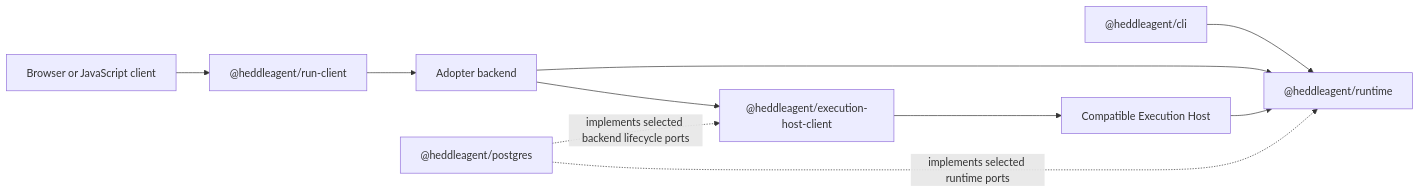
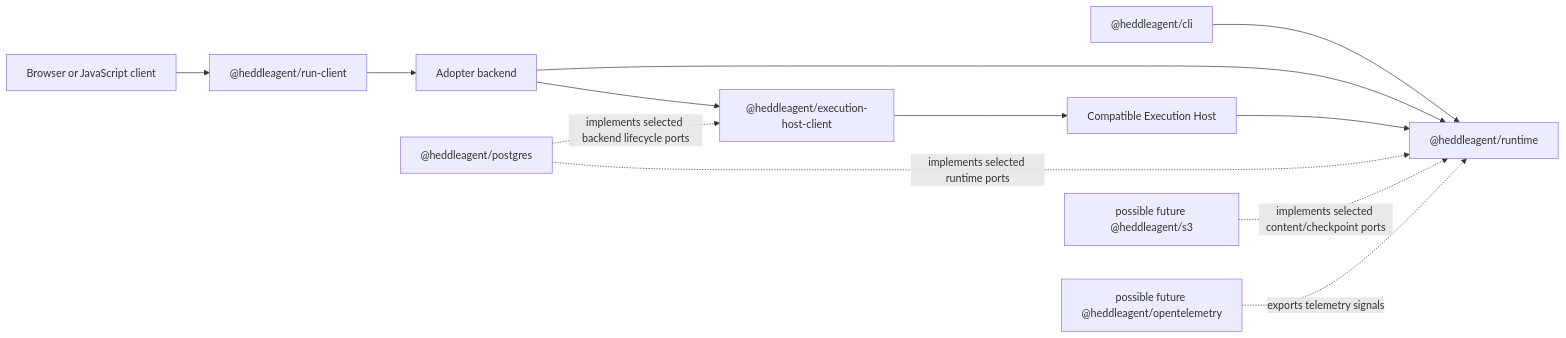
One commit to roackb2/heddle changed the diagram in packages/README.md. Above: the diagram before and after it, drawn with Mermaid. The commit also changed other lines of this file and 13 other files, not shown here.

````diff
--- a/packages/README.md
+++ b/packages/README.md
@@ -28,12 +61,14 @@
 ```mermaid
 flowchart LR
   cli["@heddleagent/cli"] --> runtime["@heddleagent/runtime"]
   browser["Browser or JavaScript client"] --> runClient["@heddleagent/run-client"]
   runClient --> product["Adopter backend"]
   product --> runtime
   product --> hostClient["@heddleagent/execution-host-client"]
   hostClient --> host["Compatible Execution Host"]
   host --> runtime
   postgres["@heddleagent/postgres"] -. "implements selected runtime ports" .-> runtime
   postgres -. "implements selected backend lifecycle ports" .-> hostClient
+  s3["possible future @heddleagent/s3"] -. "implements selected content/checkpoint ports" .-> runtime
+  otel["possible future @heddleagent/opentelemetry"] -. "exports telemetry signals" .-> runtime
 ```
````
